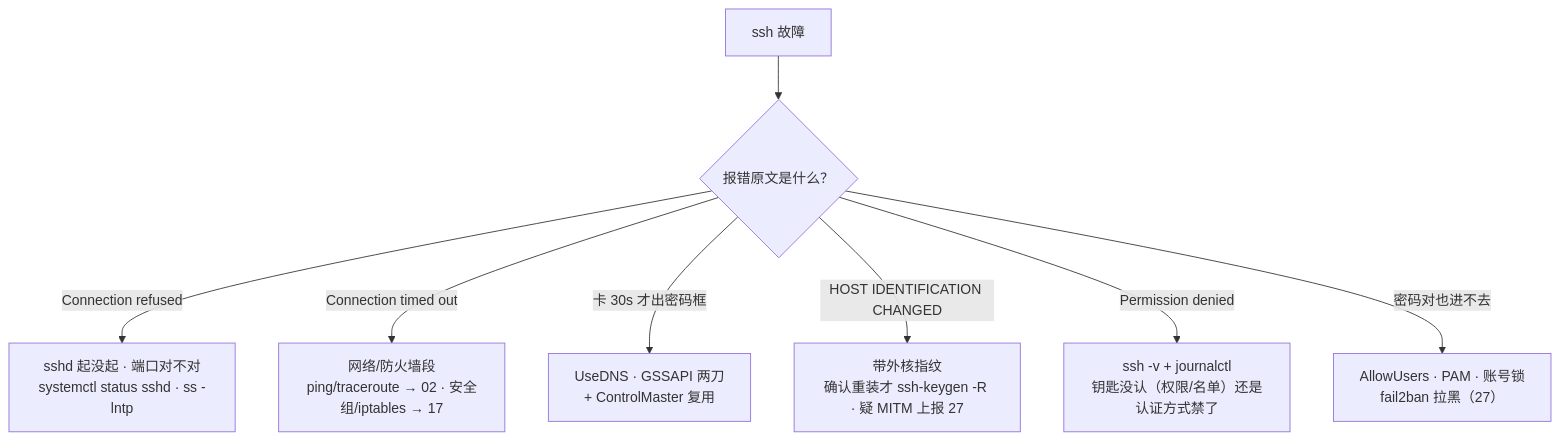
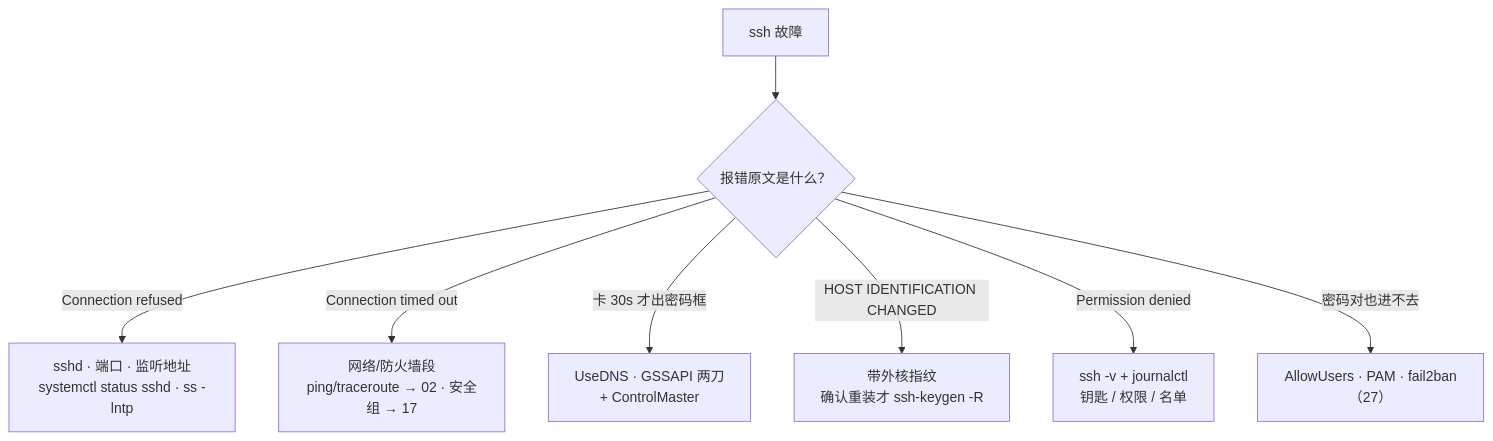
Before and after one commit to ml-cuizijun/LearnToLilith: the fifth of 5 diagrams in 01-基础底座/26-SSH与远程访问/知识点.md, drawn with Mermaid. The commit also changed other lines of this file and 178 other files, not shown here.

````diff
--- a/01-基础底座/26-SSH与远程访问/知识点.md
+++ b/01-基础底座/26-SSH与远程访问/知识点.md
@@ -496,10 +510,10 @@
 ```mermaid
 flowchart TB
     A["ssh 故障"] --> B{"报错原文是什么？"}
-    B -->|"Connection refused"| C["sshd 起没起 · 端口对不对<br/>systemctl status sshd · ss -lntp"]
-    B -->|"Connection timed out"| D["网络/防火墙段<br/>ping/traceroute → 02 · 安全组/iptables → 17"]
-    B -->|"卡 30s 才出密码框"| E["UseDNS · GSSAPI 两刀<br/>+ ControlMaster 复用"]
-    B -->|"HOST IDENTIFICATION CHANGED"| F["带外核指纹<br/>确认重装才 ssh-keygen -R · 疑 MITM 上报 27"]
-    B -->|"Permission denied"| G["ssh -v + journalctl<br/>钥匙没认（权限/名单）还是认证方式禁了"]
-    B -->|"密码对也进不去"| H["AllowUsers · PAM · 账号锁<br/>fail2ban 拉黑（27）"]
+    B -->|"Connection refused"| C["sshd · 端口 · 监听地址<br/>systemctl status sshd · ss -lntp"]
+    B -->|"Connection timed out"| D["网络/防火墙段<br/>ping/traceroute → 02 · 安全组 → 17"]
+    B -->|"卡 30s 才出密码框"| E["UseDNS · GSSAPI 两刀<br/>+ ControlMaster"]
+    B -->|"HOST IDENTIFICATION CHANGED"| F["带外核指纹<br/>确认重装才 ssh-keygen -R"]
+    B -->|"Permission denied"| G["ssh -v + journalctl<br/>钥匙 / 权限 / 名单"]
+    B -->|"密码对也进不去"| H["AllowUsers · PAM · fail2ban（27）"]
 ```
````
